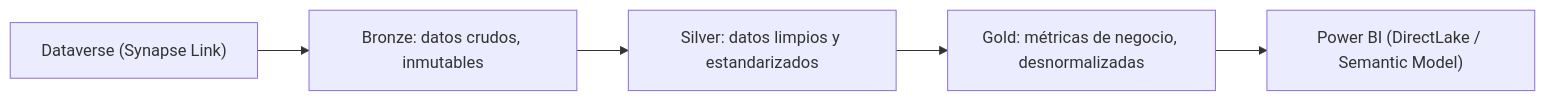
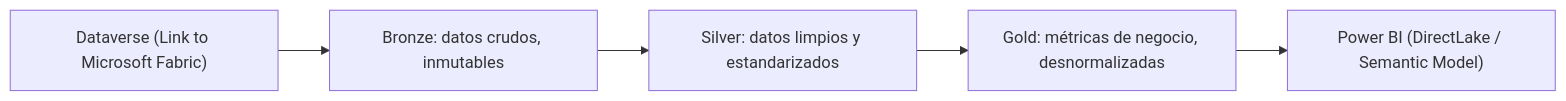
The diagram in app-elearning/content/modules/arquitecto/35-arquitectura-de-datos-fabric-synapse-y-medallion.md (EdwingAlarcon/PlanEstudio), drawn with Mermaid before and after one commit. The commit also changed other lines of this file and 54 other files, not shown here.

````diff
--- a/app-elearning/content/modules/arquitecto/35-arquitectura-de-datos-fabric-synapse-y-medallion.md
+++ b/app-elearning/content/modules/arquitecto/35-arquitectura-de-datos-fabric-synapse-y-medallion.md
@@ -26,7 +26,7 @@
 ```mermaid
 graph LR
-  D["Dataverse (Synapse Link)"] --> B["Bronze: datos crudos, inmutables"]
+  D["Dataverse (Link to Microsoft Fabric)"] --> B["Bronze: datos crudos, inmutables"]
   B --> S["Silver: datos limpios y estandarizados"]
   S --> G["Gold: métricas de negocio, desnormalizadas"]
   G --> PBI["Power BI (DirectLake / Semantic Model)"]
 ```
````
